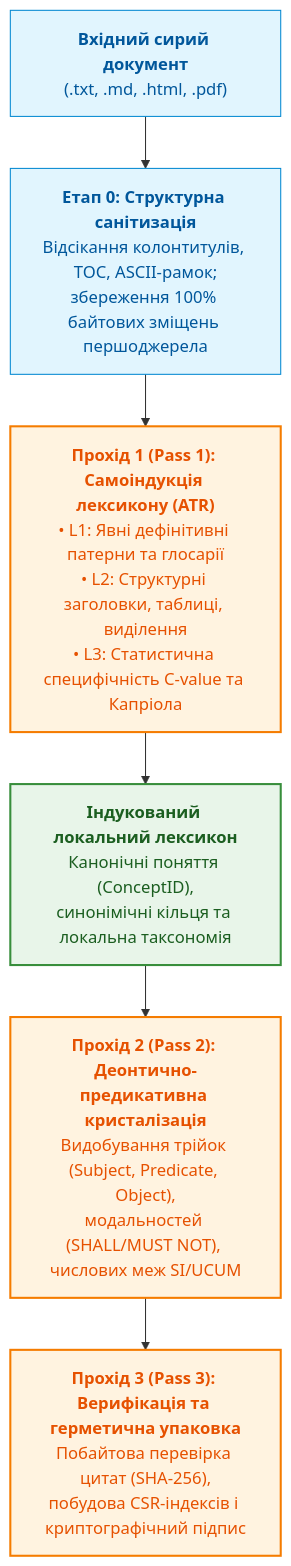
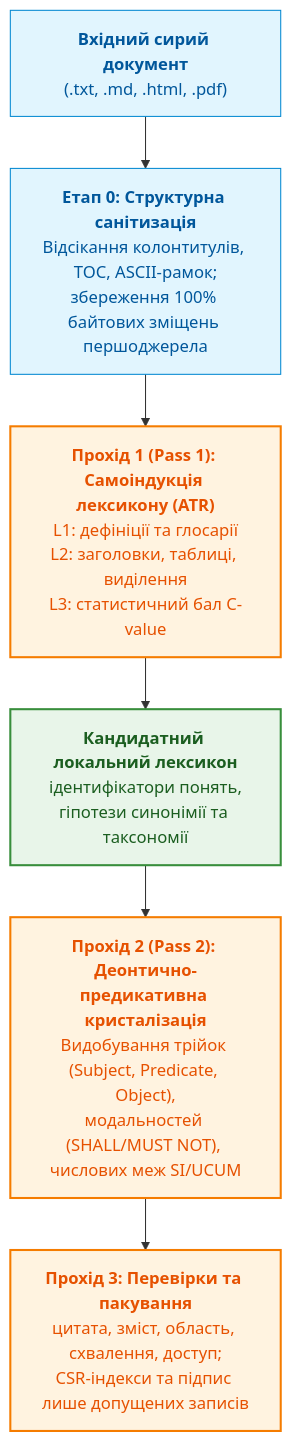
Before and after one commit to nick-fedchik/articles: diagram 15 of 15 in ExpertSystem/ch10-knowledge-acquisition-systems.md, drawn with Mermaid. The commit also changed other lines of this file and 8 other files, not shown here.

````diff
--- a/ExpertSystem/ch10-knowledge-acquisition-systems.md
+++ b/ExpertSystem/ch10-knowledge-acquisition-systems.md
@@ -1458,16 +1732,18 @@
 ```mermaid
 flowchart TD
+    accTitle: Три проходи від кандидатного лексикону до перевіреного пакета
+    accDescr: Підготовка похідної копії зі збереженням походження, пропозиція термінів, вилучення кандидатів і окремі перевірки допуску перед пакуванням.
     Raw["<b>Вхідний сирий документ</b><br/>(.txt, .md, .html, .pdf)"] --> San["<b>Етап 0: Структурна санітизація</b><br/>Відсікання колонтитулів, TOC, ASCII-рамок;<br/>збереження 100% байтових зміщень першоджерела"]
-    San --> P1["<b>Прохід 1 (Pass 1): Самоіндукція лексикону (ATR)</b><br/>• L1: Явні дефінітивні патерни та глосарії<br/>• L2: Структурні заголовки, таблиці, виділення<br/>• L3: Статистична специфічність C-value та Капріола"]
-    P1 --> Lex["<b>Індукований локальний лексикон</b><br/>Канонічні поняття (ConceptID),<br/>синонімічні кільця та локальна таксономія"]
+    San --> P1["<b>Прохід 1 (Pass 1): Самоіндукція лексикону (ATR)</b><br/>L1: дефініції та глосарії<br/>L2: заголовки, таблиці, виділення<br/>L3: статистичний бал C-value"]
+    P1 --> Lex["<b>Кандидатний локальний лексикон</b><br/>ідентифікатори понять,<br/>гіпотези синонімії та таксономії"]
     Lex --> P2["<b>Прохід 2 (Pass 2): Деонтично-предикативна кристалізація</b><br/>Видобування трійок (Subject, Predicate, Object),<br/>модальностей (SHALL/MUST NOT), числових меж SI/UCUM"]
-    P2 --> P3["<b>Прохід 3 (Pass 3): Верифікація та герметична упаковка</b><br/>Побайтова перевірка цитат (SHA-256),<br/>побудова CSR-індексів і криптографічний підпис"]
+    P2 --> P3["<b>Прохід 3: Перевірки та пакування</b><br/>цитата, зміст, область, схвалення, доступ;<br/>CSR-індекси та підпис лише допущених записів"]
 
     classDef raw fill:#e1f5fe,stroke:#0288d1,stroke-width:1px,color:#01579b;
     classDef pass fill:#fff3e0,stroke:#f57c00,stroke-width:2px,color:#e65100;
     classDef out fill:#e8f5e9,stroke:#388e3c,stroke-width:2px,color:#1b5e20;
 
     class Raw,San raw;
     class P1,P2,P3 pass;
     class Lex out;
 ```
````
